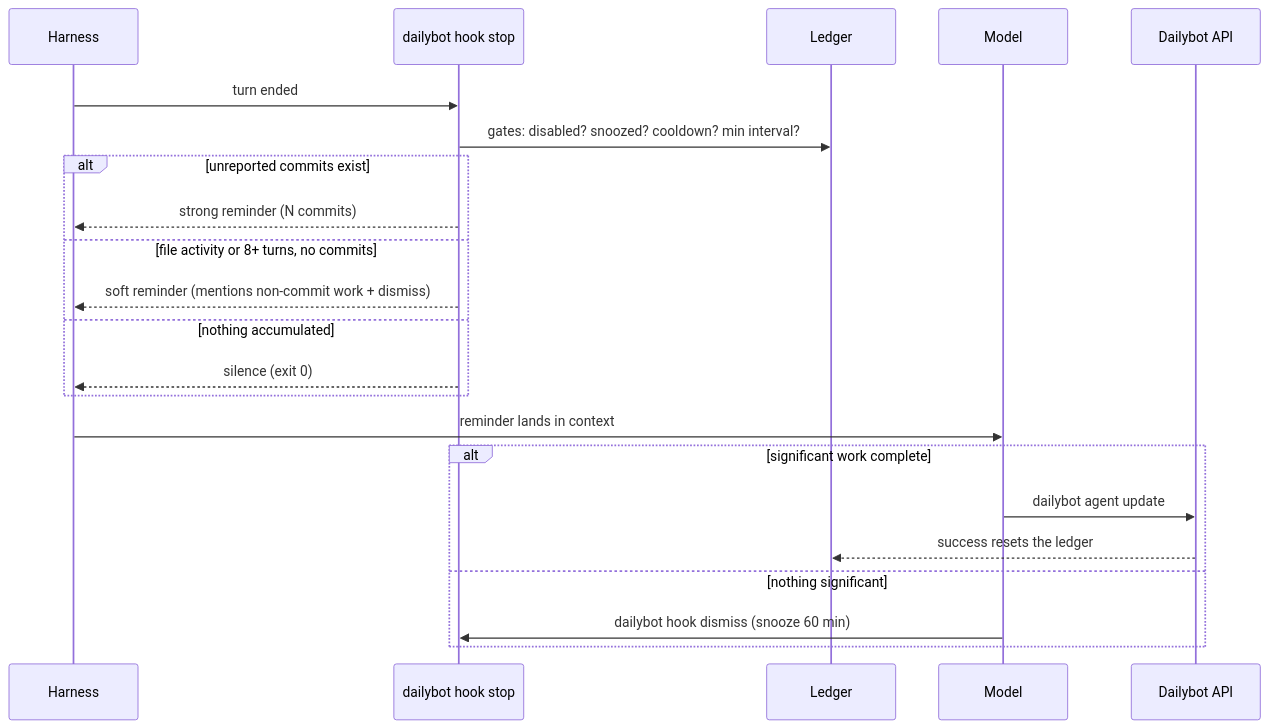
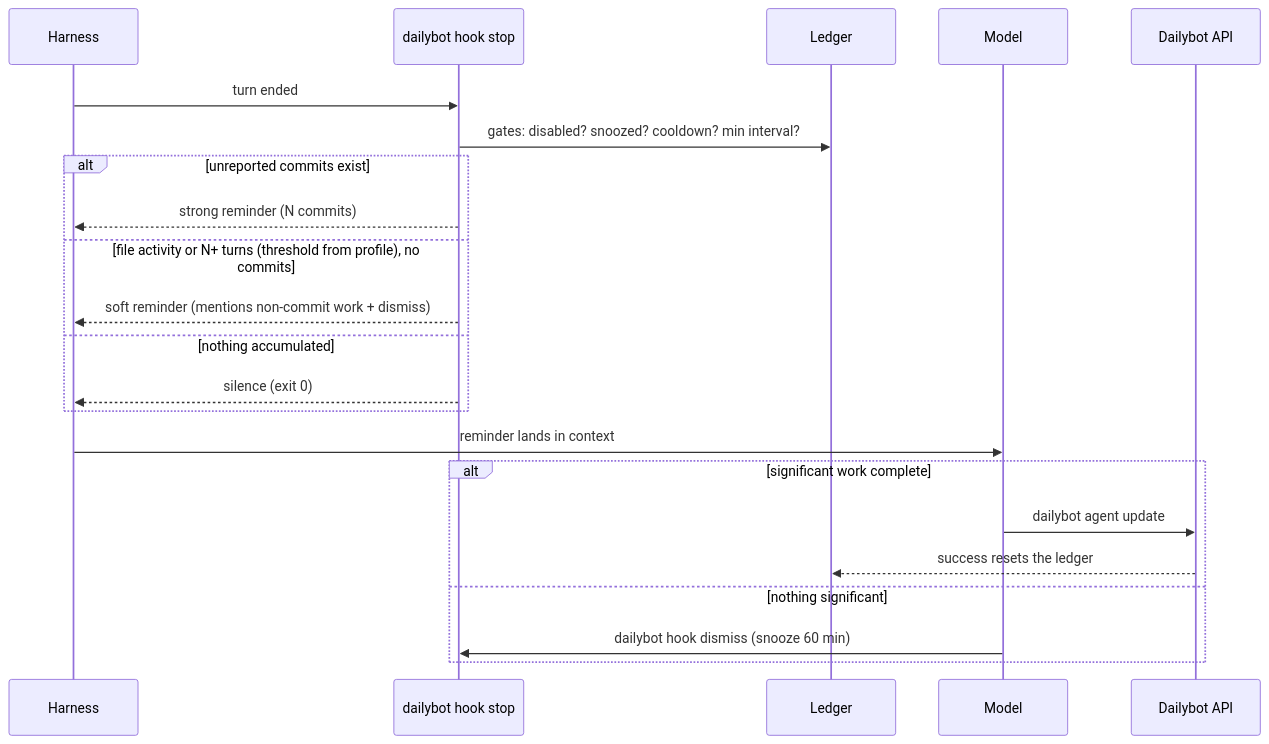
One commit to DailybotHQ/agent-skill changed the second of 2 diagrams in docs/HOOKS_ARCHITECTURE.md. Above: the diagram before and after it, drawn with Mermaid. The commit also changed other lines of this file and 10 other files, not shown here.

````diff
--- a/docs/HOOKS_ARCHITECTURE.md
+++ b/docs/HOOKS_ARCHITECTURE.md
@@ -61,25 +61,25 @@
 ```mermaid
 sequenceDiagram
     participant H as Harness
     participant S as dailybot hook stop
     participant L as Ledger
     participant M as Model
     participant A as Dailybot API
 
     H->>S: turn ended
     S->>L: gates: disabled? snoozed? cooldown? min interval?
     alt unreported commits exist
         S-->>H: strong reminder (N commits)
-    else file activity or 8+ turns, no commits
+    else file activity or N+ turns (threshold from profile), no commits
         S-->>H: soft reminder (mentions non-commit work + dismiss)
     else nothing accumulated
         S-->>H: silence (exit 0)
     end
     H->>M: reminder lands in context
     alt significant work complete
         M->>A: dailybot agent update
         A-->>L: success resets the ledger
     else nothing significant
         M->>S: dailybot hook dismiss (snooze 60 min)
     end
 ```
````
